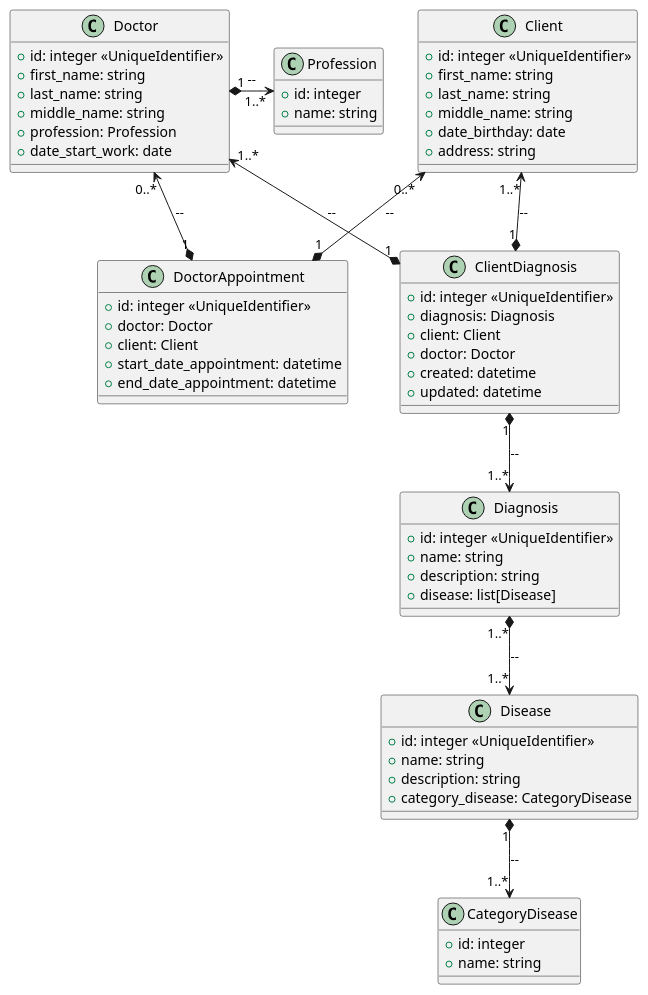
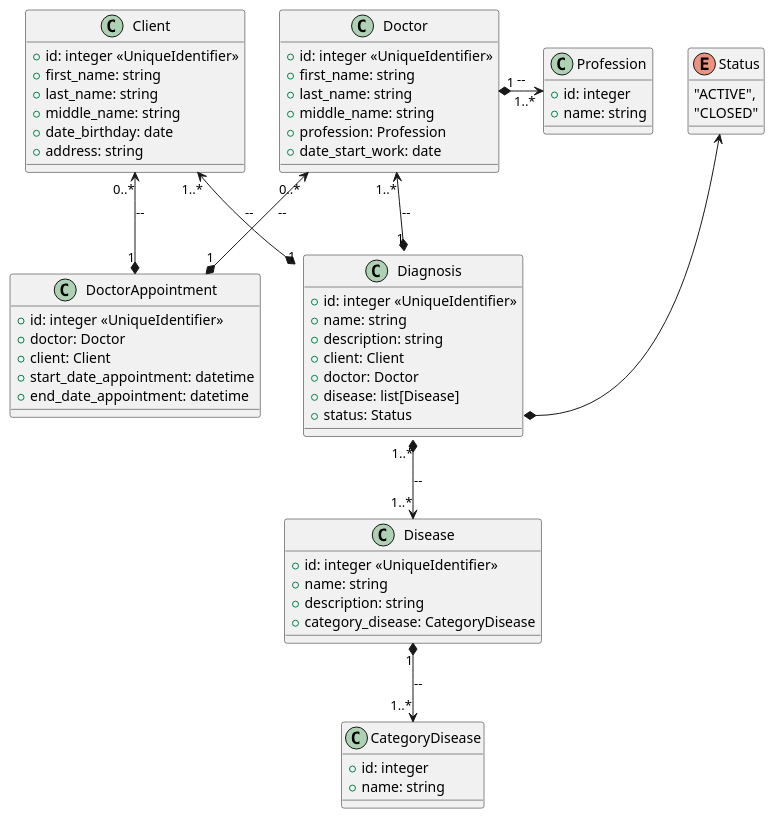
One commit to Nikolaj9596/Pharmacy changed the diagram in diagrams/class-diagrams.puml. Above: the diagram before and after it, drawn with PlantUML.

Commit message:
feat: updated diagrams

```diff
--- a/diagrams/class-diagrams.puml
+++ b/diagrams/class-diagrams.puml
@@ -1,87 +1,86 @@
 @startuml
 ' В поликлинике ведется учет посещений больными врачей.
 ' Данные о каждом враче содержат Ф.И.О., специальность и стаж работы. 
 ' Каждый врач может принимать множество пациентов, и каждый пациент может посещать нескольких врачей (в том числе в один и тот же день). 
 ' В карточке пациента указываются его Ф.И.О., дата рождения и адрес места жительства. 
 ' В результате визита врач ставит пациенту диагноз. 		          .
 '     Для удобства анализа заболеваемости диагнозы стандартизованы и подлежат единому учету. .
 ' В целях анализа результатов работы поликлиники необходимо иметь возможность автоматически генерировать следующие документы: 		          .
 ' • перечень специалистов (список врачей по специальностям);		          .
 ' • количества визитов к врачам; 		          .
 ' • количества случаев заболевания по каждому диагнозу. 	             .
 ' Кроме того, необходимо иметь возможность просматривать для каждого из врачей список больных, которые посетили его за заданный период времени..	             .
-'                                                       		          .
-' - В БД предусмотреть хранение изображений (минимум в одном поле) в соответствии с тематикой курсовой работы.                                                                                                                     .
-'  - В БД должны быть реализованы хранимые процедуры и/или триггеры.	          .     
+' - В БД предусмотреть хранение изображений (минимум в одном поле) в соответствии с тематикой курсовой работы..
+'  - В БД должны быть реализованы хранимые процедуры и/или триггеры.    
 '   - в БД должно быть занесено суммарно не менее 50 записей   
+'
+enum Status{
+  "ACTIVE",
+  "CLOSED"
+}
 
 class CategoryDisease{
   + id: integer
   + name: string
 }
 
 class Profession{
   + id: integer
   + name: string
 }
 
 class Disease{
   + id: integer <<UniqueIdentifier>>
   + name: string
   + description: string
   + category_disease: CategoryDisease
 }
 
 class Client{
   + id: integer <<UniqueIdentifier>>
   + first_name: string
   + last_name: string
   + middle_name: string
   + date_birthday: date 
   + address: string
 }
 
 class Doctor {
   + id: integer <<UniqueIdentifier>>
   + first_name: string
   + last_name: string
   + middle_name: string
   + profession: Profession
   + date_start_work: date 
 }
 
 class Diagnosis {
   + id: integer <<UniqueIdentifier>>
   + name: string
   + description: string
+  + client: Client
+  + doctor: Doctor
   + disease: list[Disease]
+  + status: Status
 }
 
 class DoctorAppointment{
   + id: integer <<UniqueIdentifier>>
   + doctor: Doctor
   + client: Client
   + start_date_appointment: datetime
   + end_date_appointment: datetime
 }
 
-class ClientDiagnosis{
-  + id: integer <<UniqueIdentifier>>
-  + diagnosis: Diagnosis
-  + client: Client
-  + doctor: Doctor
-  + created: datetime
-  + updated: datetime
-}
 
 DoctorAppointment *-up-> Doctor: "1" -- "0..*"
 DoctorAppointment *-up-> Client: "1" -- "0..*"
 
 Disease *-down-> CategoryDisease: "1" -- "1..*"
 Diagnosis *-down-> Disease: "1..*" -- "1..*"
+Diagnosis *-up-> Client: "1" -- "1..*"
+Diagnosis *-up-> Doctor: "1" -- "1..*"
+Diagnosis::status *-up-> Status
 Doctor *-right-> Profession: "1" -- "1..*"
 
-ClientDiagnosis *-down-> Diagnosis: "1" -- "1..*"
-ClientDiagnosis *-up-> Client: "1" -- "1..*"
-ClientDiagnosis *-up-> Doctor: "1" -- "1..*"
 @enduml
```
